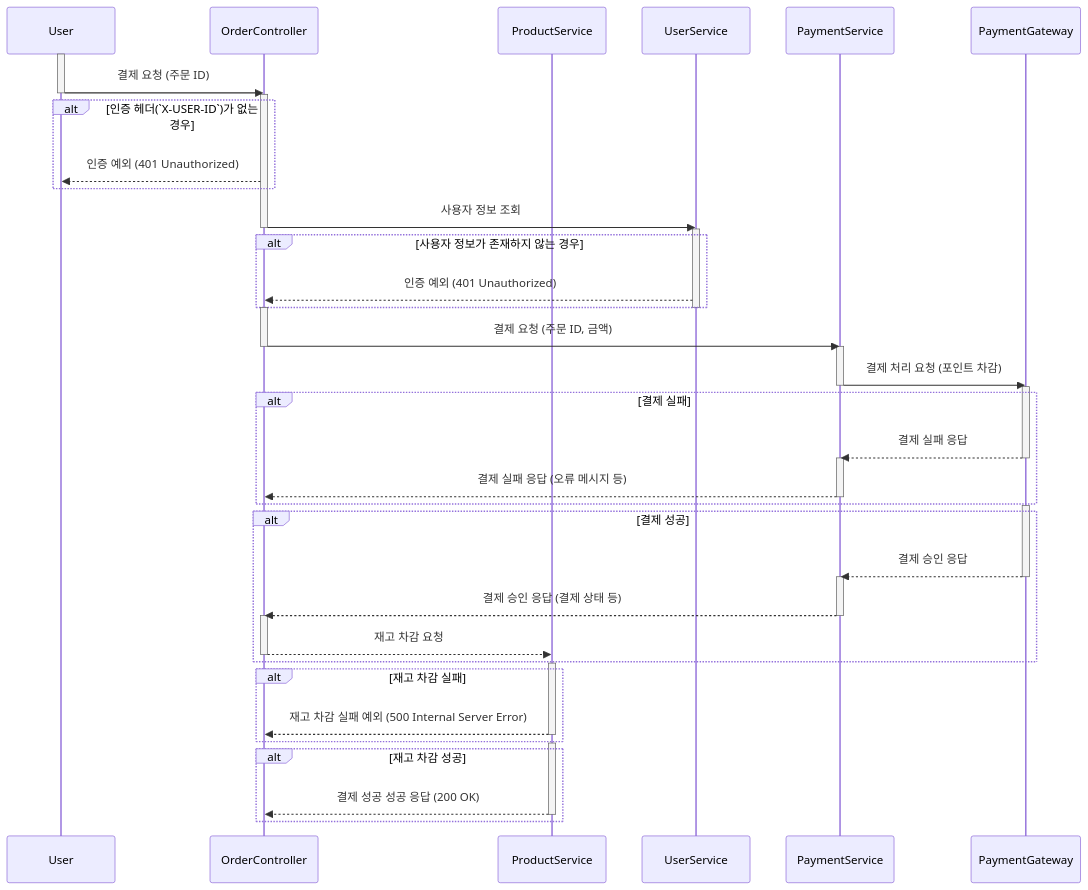
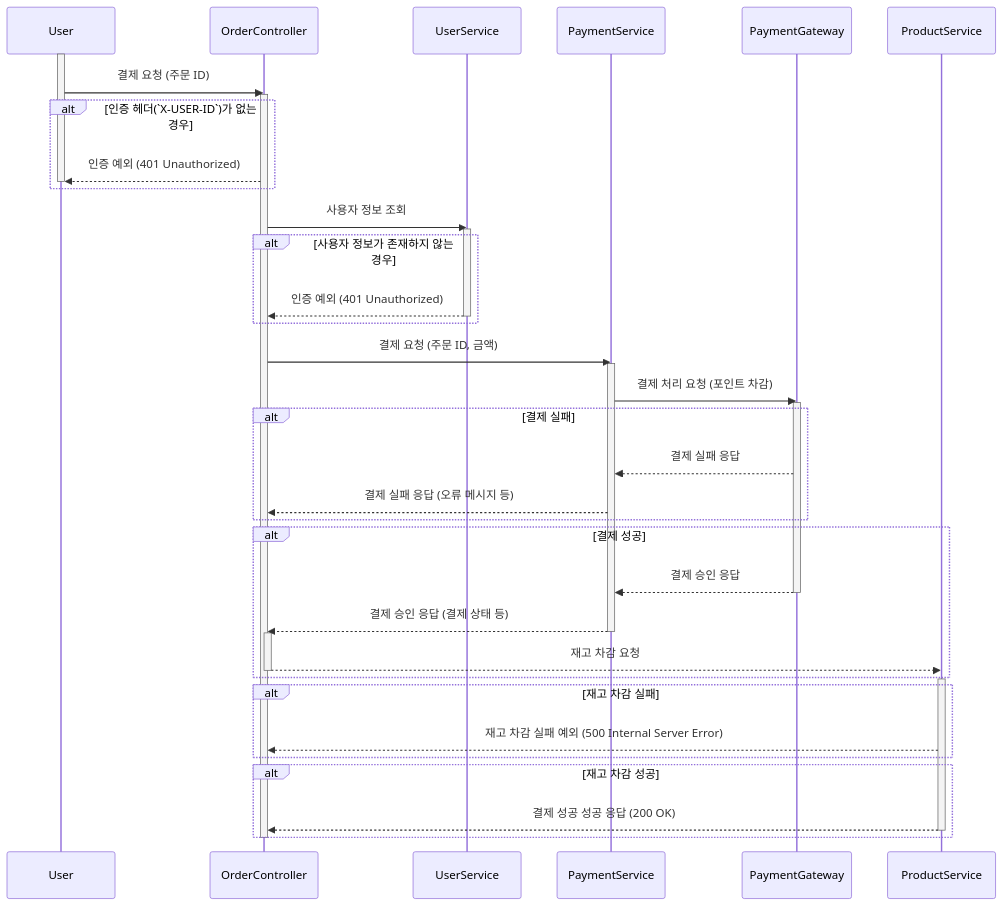
One commit to kiekk/gamsung-commerce changed the second of 4 diagrams in docs/design/02-sequence-diagrams/order_payment_v2.md. Above: the diagram before and after it, drawn with Mermaid. The commit also changed other lines of this file and 5 other files, not shown here.

First line of the commit message:
docs: 시퀀스 다이어그램 수정 (2주차 피드백 반영)

````diff
--- a/docs/design/02-sequence-diagrams/order_payment_v2.md
+++ b/docs/design/02-sequence-diagrams/order_payment_v2.md
@@ -54,58 +50,48 @@
 ```mermaid
 sequenceDiagram
     participant User
     participant OrderController
-    participant ProductService
     participant UserService
     participant PaymentService
     participant PaymentGateway
+    participant ProductService
     activate User
     User ->> OrderController: 결제 요청 (주문 ID)
-    deactivate User
     activate OrderController
     alt 인증 헤더(`X-USER-ID`)가 없는 경우
         OrderController -->> User: 인증 예외 (401 Unauthorized)
+        deactivate User
     end
     OrderController ->> UserService: 사용자 정보 조회
-    deactivate OrderController
     activate UserService
     alt 사용자 정보가 존재하지 않는 경우
         UserService -->> OrderController: 인증 예외 (401 Unauthorized)
+        deactivate UserService
     end
-    deactivate UserService
-    activate OrderController
     OrderController ->> PaymentService: 결제 요청 (주문 ID, 금액)
-    deactivate OrderController
     activate PaymentService
     PaymentService ->> PaymentGateway: 결제 처리 요청 (포인트 차감)
-    deactivate PaymentService
     activate PaymentGateway
     alt 결제 실패
         PaymentGateway -->> PaymentService: 결제 실패 응답
-        deactivate PaymentGateway
-        activate PaymentService
         PaymentService -->> OrderController: 결제 실패 응답 (오류 메시지 등)
-        deactivate PaymentService
     end
-    activate PaymentGateway
     alt 결제 성공
         PaymentGateway -->> PaymentService: 결제 승인 응답
         deactivate PaymentGateway
-        activate PaymentService
         PaymentService -->> OrderController: 결제 승인 응답 (결제 상태 등)
         deactivate PaymentService
         activate OrderController
         OrderController -->> ProductService: 재고 차감 요청
         deactivate OrderController
     end
     activate ProductService
     alt 재고 차감 실패
         ProductService -->> OrderController: 재고 차감 실패 예외 (500 Internal Server Error)
-        deactivate ProductService
     end
-    activate ProductService
     alt 재고 차감 성공
         ProductService -->> OrderController: 결제 성공 성공 응답 (200 OK)
         deactivate ProductService
     end
+    deactivate OrderController
 ```
````
